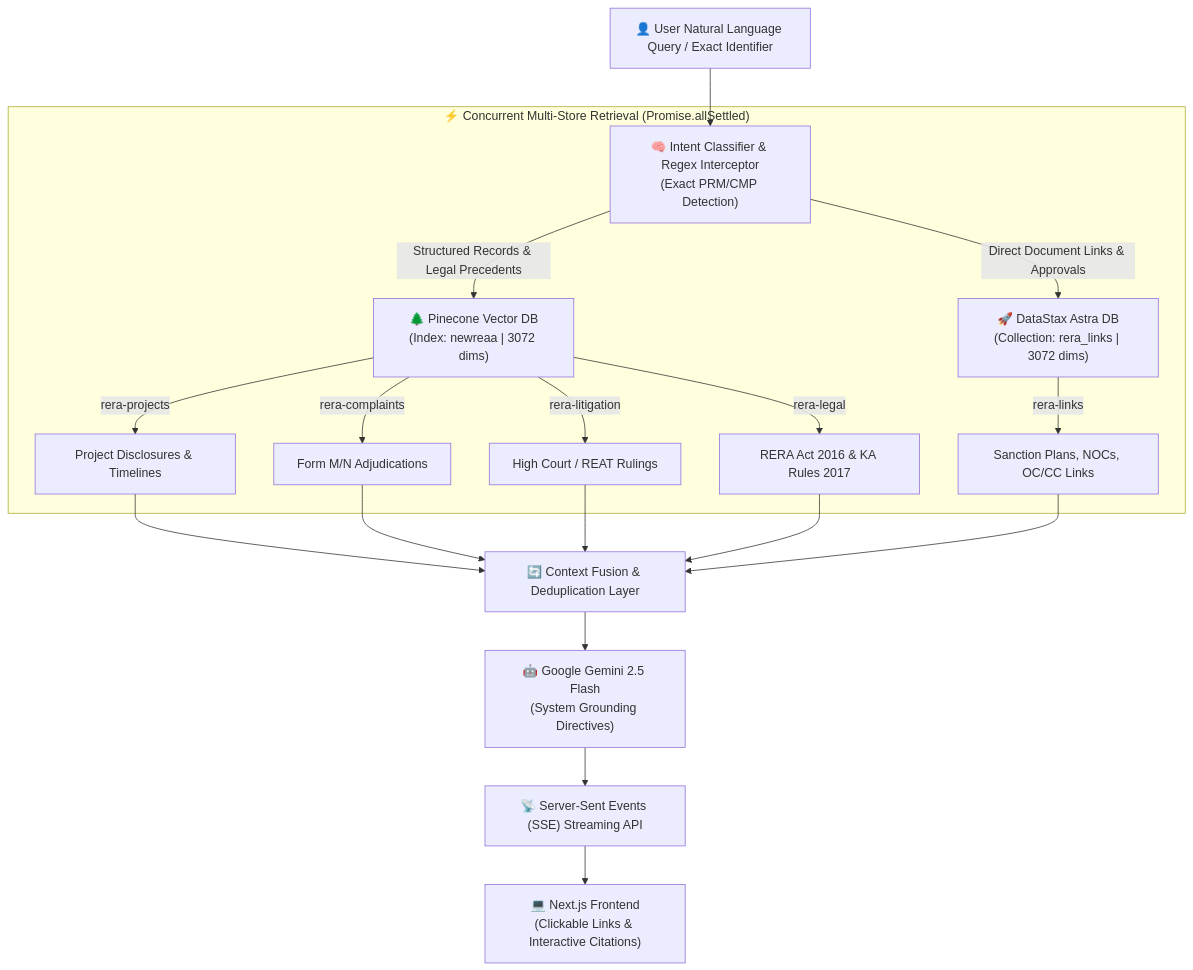
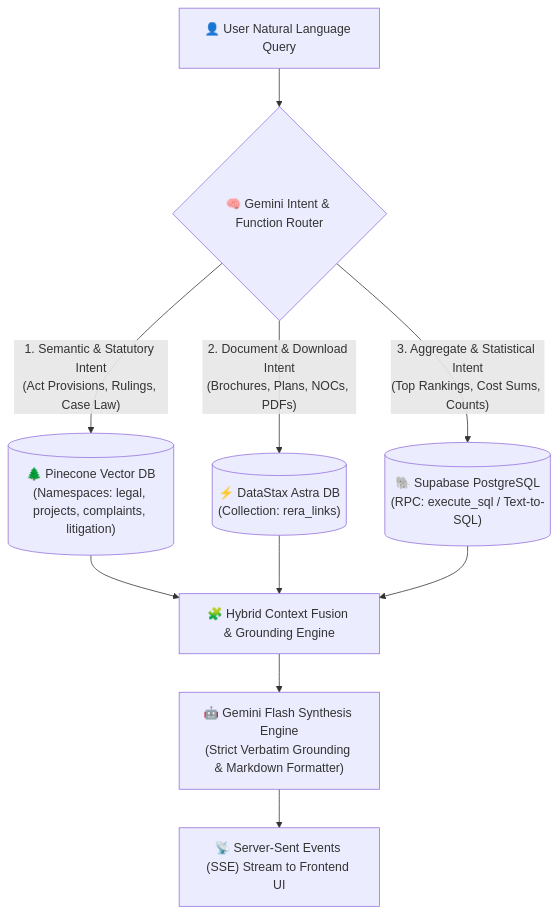
One commit to Virajcreates/ReAA2.0 changed the diagram in README.md. Above: the diagram before and after it, drawn with Mermaid. The commit also changed other lines of this file and 8 other files, not shown here.

Commit message:
feat: complete hybrid agentic RAG architecture with Pinecone, Astra DB, and Supabase Text-to-SQL

````diff
--- a/README.md
+++ b/README.md
@@ -30,21 +30,17 @@
 ```mermaid
 flowchart TD
-    UserQuery["👤 User Natural Language Query / Exact Identifier"] --> Router["🧠 Intent Classifier & Regex Interceptor<br/>(Exact PRM/CMP Detection)"]
-    
-    subgraph ParallelRetrieval ["⚡ Concurrent Multi-Store Retrieval (Promise.allSettled)"]
-        Router -->|"Structured Records & Legal Precedents"| Pinecone["🌲 Pinecone Vector DB<br/>(Index: newreaa | 3072 dims)"]
-        Router -->|"Direct Document Links & Approvals"| Astra["🚀 DataStax Astra DB<br/>(Collection: rera_links | 3072 dims)"]
-        
-        Pinecone -->|"rera-projects"| P1["Project Disclosures & Timelines"]
-        Pinecone -->|"rera-complaints"| P2["Form M/N Adjudications"]
-        Pinecone -->|"rera-litigation"| P3["High Court / REAT Rulings"]
-        Pinecone -->|"rera-legal"| P4["RERA Act 2016 & KA Rules 2017"]
-        
-        Astra -->|"rera-links"| A1["Sanction Plans, NOCs, OC/CC Links"]
-    end
-    
-    P1 & P2 & P3 & P4 & A1 --> Fusion["🔄 Context Fusion & Deduplication Layer"]
-    Fusion --> Gemini["🤖 Google Gemini 2.5 Flash<br/>(System Grounding Directives)"]
-    Gemini --> SSE["📡 Server-Sent Events (SSE) Streaming API"]
-    SSE --> UI["💻 Next.js Frontend<br/>(Clickable Links & Interactive Citations)"]
+    UserQuery["👤 User Natural Language Query"] --> QueryRouter{"🧠 Gemini Intent & Function Router"}
+
+    %% Tri-Database Routing Branches
+    QueryRouter -->|"1. Semantic & Statutory Intent\n(Act Provisions, Rulings, Case Law)"| PineconeCluster[("🌲 Pinecone Vector DB\n(Namespaces: legal, projects, complaints, litigation)")]
+    QueryRouter -->|"2. Document & Download Intent\n(Brochures, Plans, NOCs, PDFs)"| AstraDBCluster[("⚡ DataStax Astra DB\n(Collection: rera_links)")]
+    QueryRouter -->|"3. Aggregate & Statistical Intent\n(Top Rankings, Cost Sums, Counts)"| SupabaseCluster[("🐘 Supabase PostgreSQL\n(RPC: execute_sql / Text-to-SQL)")]
+
+    %% Execution & Synthesis
+    PineconeCluster --> ContextFusion["🧩 Hybrid Context Fusion & Grounding Engine"]
+    AstraDBCluster --> ContextFusion
+    SupabaseCluster --> ContextFusion
+
+    ContextFusion --> GeminiSynthesis["🤖 Gemini Flash Synthesis Engine\n(Strict Verbatim Grounding & Markdown Formatter)"]
+    GeminiSynthesis --> SSEStream["📡 Server-Sent Events (SSE) Stream to Frontend UI"]
 ```
````
